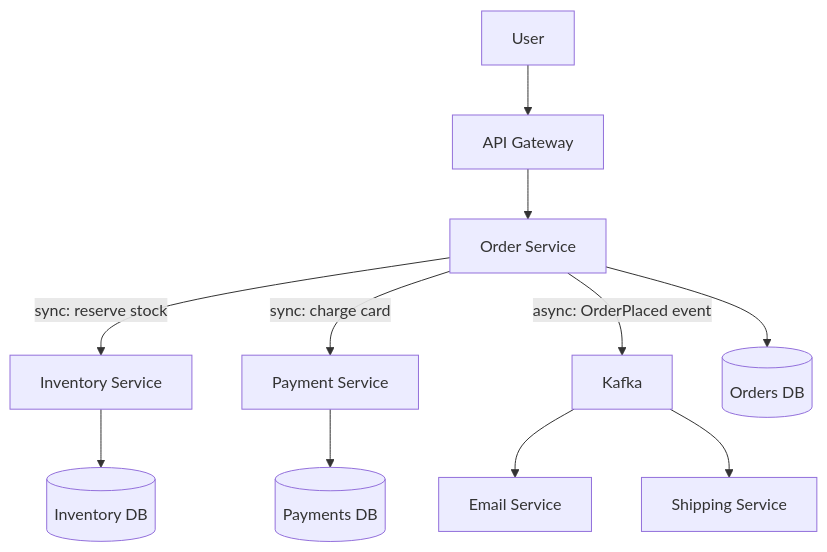
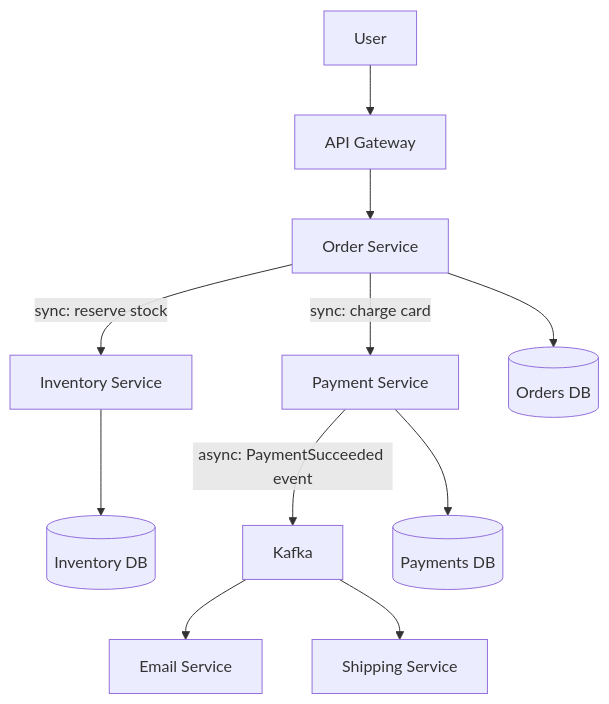
One commit to iamrs77/interview-ready changed the first of 2 diagrams in content/system-design/advanced-components/microservices-patterns.mdx. Above: the diagram before and after it, drawn with Mermaid. The commit also changed other lines of this file and 132 other files, not shown here.

````diff
--- a/content/system-design/advanced-components/microservices-patterns.mdx
+++ b/content/system-design/advanced-components/microservices-patterns.mdx
@@ -30,13 +30,13 @@
 ```mermaid
 flowchart TB
   User["User"]:::client --> GW["API Gateway"]:::lb
   GW --> Order["Order Service"]:::service
   Order -->|"sync: reserve stock"| Inv["Inventory Service"]:::service
   Order -->|"sync: charge card"| Pay["Payment Service"]:::service
-  Order -->|"async: OrderPlaced event"| K["Kafka"]:::queue
+  Pay -->|"async: PaymentSucceeded event"| K["Kafka"]:::queue
   K --> Email["Email Service"]:::service
   K --> Ship["Shipping Service"]:::service
   Order --> ODB[("Orders DB")]:::db
   Inv --> IDB[("Inventory DB")]:::db
   Pay --> PDB[("Payments DB")]:::db
 ```
````
